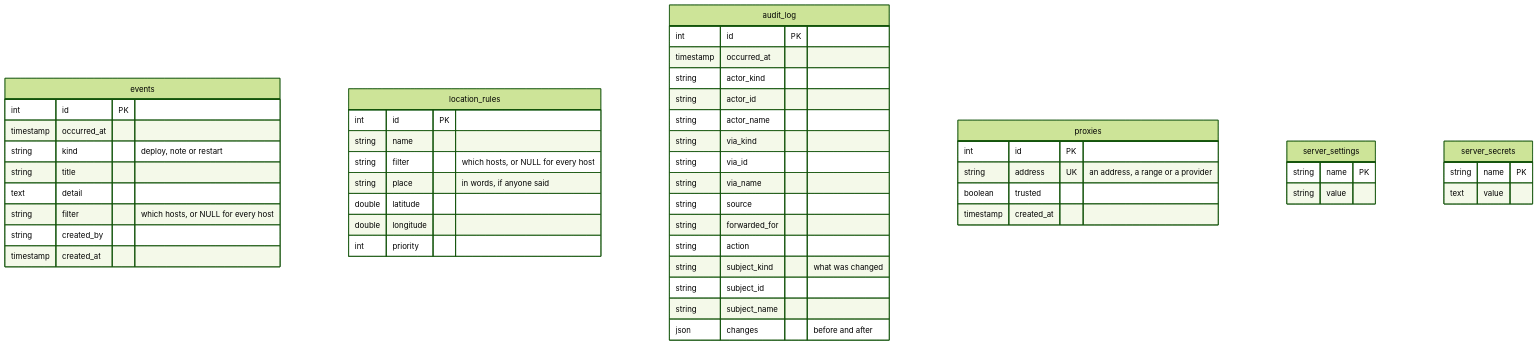
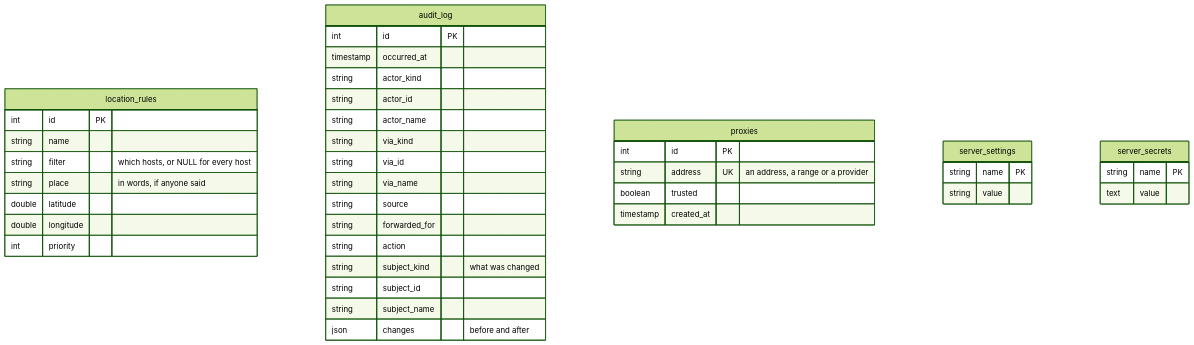
One commit to sfreiberg/maxnines changed the second of 4 diagrams in database/README.md. Above: the diagram before and after it, drawn with Mermaid (forest theme). The commit also changed other lines of this file and 12 other files, not shown here.

First line of the commit message:
Keep each annotation on the hosts its filter picked when it was added, in event_hosts, so a host added later doesn't show a deploy it wasn't there for and one whose facts change keeps it

````diff
--- a/database/README.md
+++ b/database/README.md
@@ -679,53 +696,43 @@
 ```mermaid
 erDiagram
-    events {
-        int id PK
-        timestamp occurred_at
-        string kind "deploy, note or restart"
-        string title
-        text detail
-        string filter "which hosts, or NULL for every host"
-        string created_by
-        timestamp created_at
-    }
     location_rules {
         int id PK
         string name
         string filter "which hosts, or NULL for every host"
         string place "in words, if anyone said"
         double latitude
         double longitude
         int priority
     }
     audit_log {
         int id PK
         timestamp occurred_at
         string actor_kind
         string actor_id
         string actor_name
         string via_kind
         string via_id
         string via_name
         string source
         string forwarded_for
         string action
         string subject_kind "what was changed"
         string subject_id
         string subject_name
         json changes "before and after"
     }
     proxies {
         int id PK
         string address UK "an address, a range or a provider"
         boolean trusted
         timestamp created_at
     }
     server_settings {
         string name PK
         string value
     }
     server_secrets {
         string name PK
         text value
     }
 ```
````
